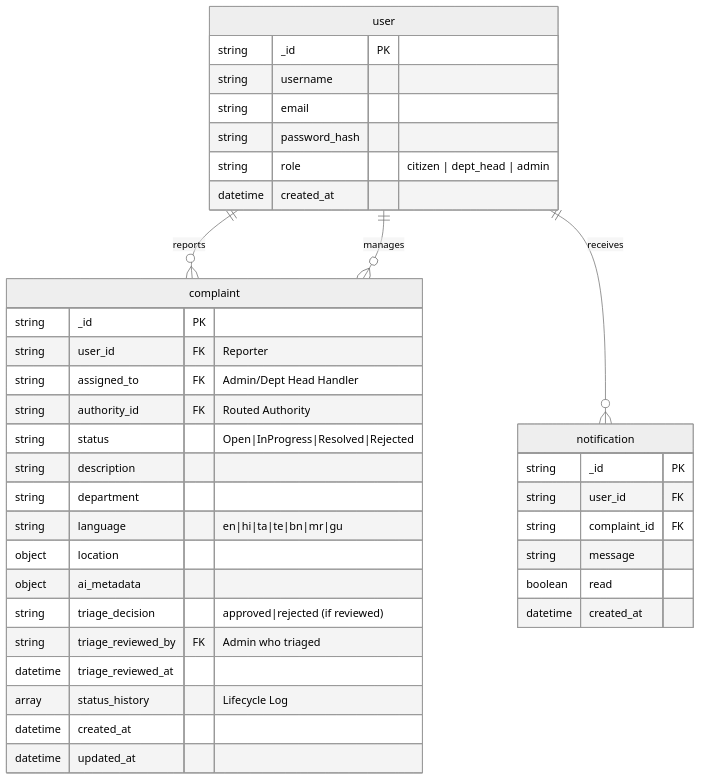
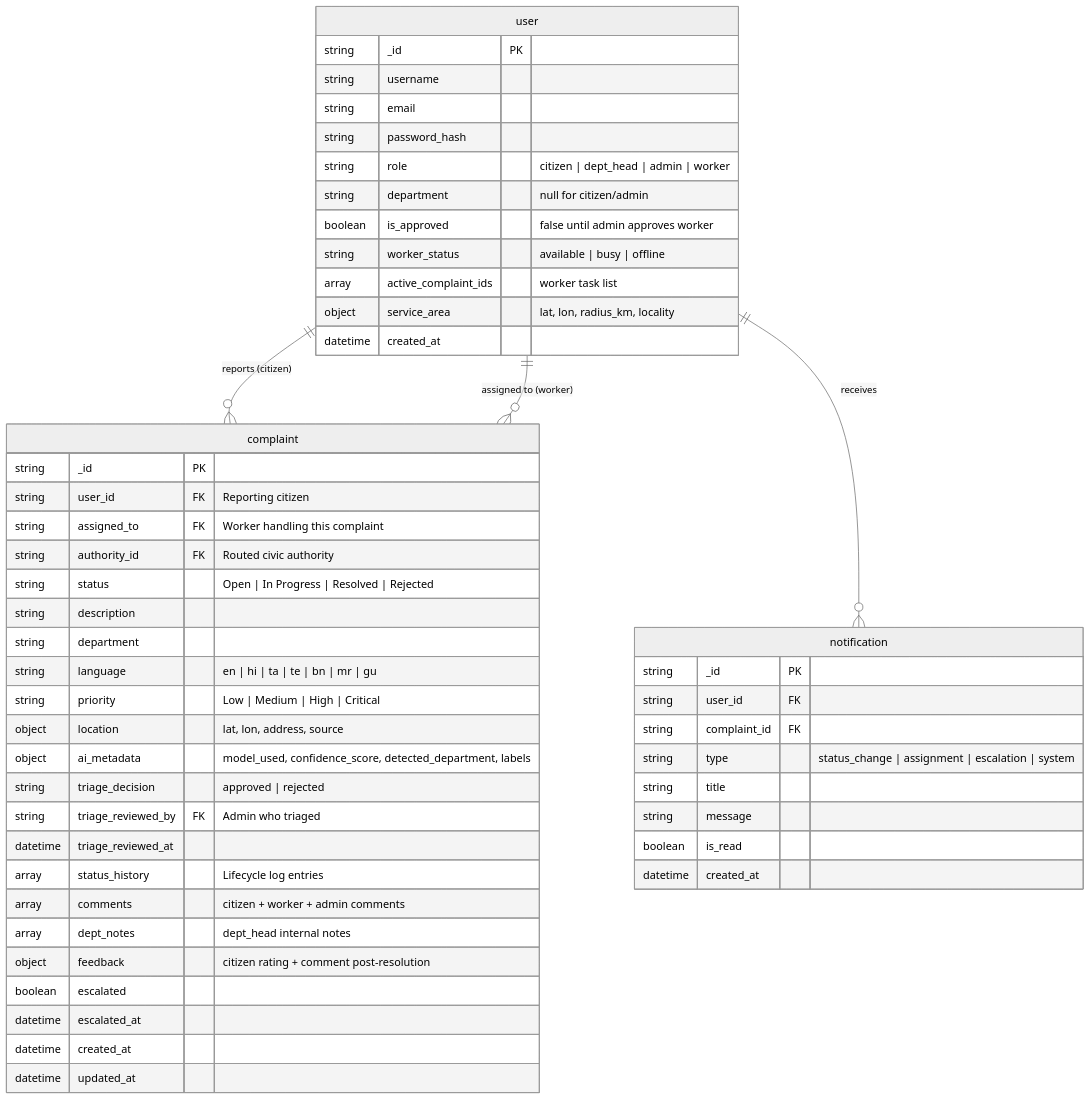
One commit to ark5234/Jan-Sunwai-AI changed the diagram in docs/SCHEMA_DESIGN.md. Above: the diagram before and after it, drawn with Mermaid (neutral theme). The commit also changed other lines of this file and 4 other files, not shown here.

````diff
--- a/docs/SCHEMA_DESIGN.md
+++ b/docs/SCHEMA_DESIGN.md
@@ -7,40 +12,53 @@
 ```mermaid
 erDiagram
-    user ||--o{ complaint : reports
+    user ||--o{ complaint : "reports (citizen)"
+    user ||--o{ complaint : "assigned to (worker)"
     user ||--o{ notification : receives
     user {
         string _id PK
         string username
         string email
         string password_hash
-        string role "citizen | dept_head | admin"
+        string role "citizen | dept_head | admin | worker"
+        string department "null for citizen/admin"
+        boolean is_approved "false until admin approves worker"
+        string worker_status "available | busy | offline"
+        array active_complaint_ids "worker task list"
+        object service_area "lat, lon, radius_km, locality"
         datetime created_at
     }
     complaint {
         string _id PK
-        string user_id FK "Reporter"
-        string assigned_to FK "Admin/Dept Head Handler"
-        string authority_id FK "Routed Authority"
-        string status "Open|InProgress|Resolved|Rejected"
+        string user_id FK "Reporting citizen"
+        string assigned_to FK "Worker handling this complaint"
+        string authority_id FK "Routed civic authority"
+        string status "Open | In Progress | Resolved | Rejected"
         string description
         string department
-        string language "en|hi|ta|te|bn|mr|gu"
-        object location
-        object ai_metadata
-        string triage_decision "approved|rejected (if reviewed)"
+        string language "en | hi | ta | te | bn | mr | gu"
+        string priority "Low | Medium | High | Critical"
+        object location "lat, lon, address, source"
+        object ai_metadata "model_used, confidence_score, detected_department, labels"
+        string triage_decision "approved | rejected"
         string triage_reviewed_by FK "Admin who triaged"
         datetime triage_reviewed_at
-        array status_history "Lifecycle Log"
+        array status_history "Lifecycle log entries"
+        array comments "citizen + worker + admin comments"
+        array dept_notes "dept_head internal notes"
+        object feedback "citizen rating + comment post-resolution"
+        boolean escalated
+        datetime escalated_at
         datetime created_at
         datetime updated_at
     }
     notification {
         string _id PK
         string user_id FK
         string complaint_id FK
+        string type "status_change | assignment | escalation | system"
+        string title
         string message
-        boolean read
+        boolean is_read
         datetime created_at
     }
-    user ||--o{ complaint : manages
 ```
````
